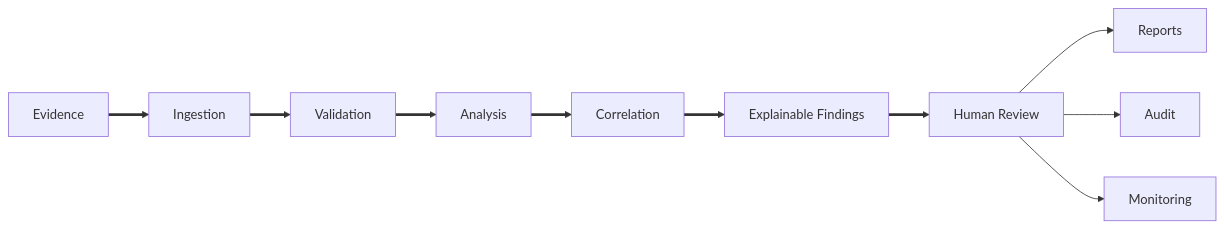
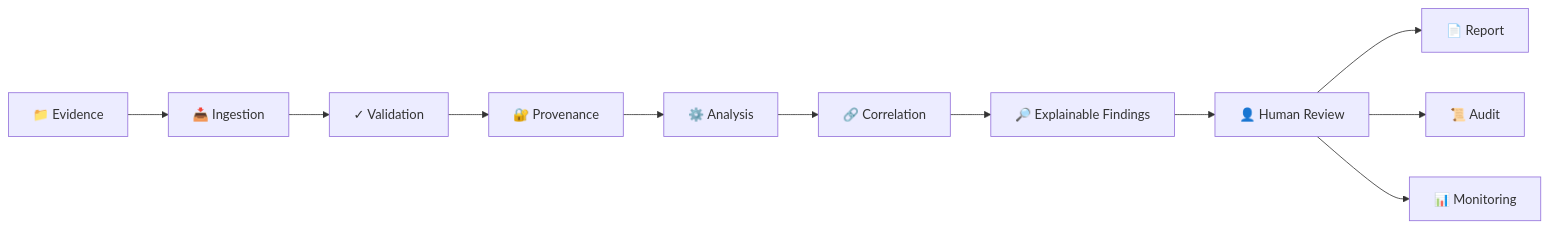
The first of 6 diagrams in README.md (ruveeha33/NuclearShield), drawn with Mermaid before and after one commit. The commit also changed other lines of this file, not shown here.

````diff
--- a/README.md
+++ b/README.md
@@ -99,14 +99,13 @@
 ```mermaid
 flowchart LR
-
-    A["Evidence"] ==> B["Ingestion"]
-    B ==> C["Validation"]
-    C ==> D["Analysis"]
-    D ==> E["Correlation"]
-    E ==> F["Explainable Findings"]
-    F ==> G["Human Review"]
-
-    G --> H["Reports"]
-    G --> I["Audit"]
-    G --> J["Monitoring"]
+    A["📁 Evidence"] --> B["📥 Ingestion"]
+    B --> C["✓ Validation"]
+    C --> D["🔐 Provenance"]
+    D --> E["⚙️ Analysis"]
+    E --> F["🔗 Correlation"]
+    F --> G["🔎 Explainable Findings"]
+    G --> H["👤 Human Review"]
+    H --> I["📄 Report"]
+    H --> J["📜 Audit"]
+    H --> K["📊 Monitoring"]
 ```
````
